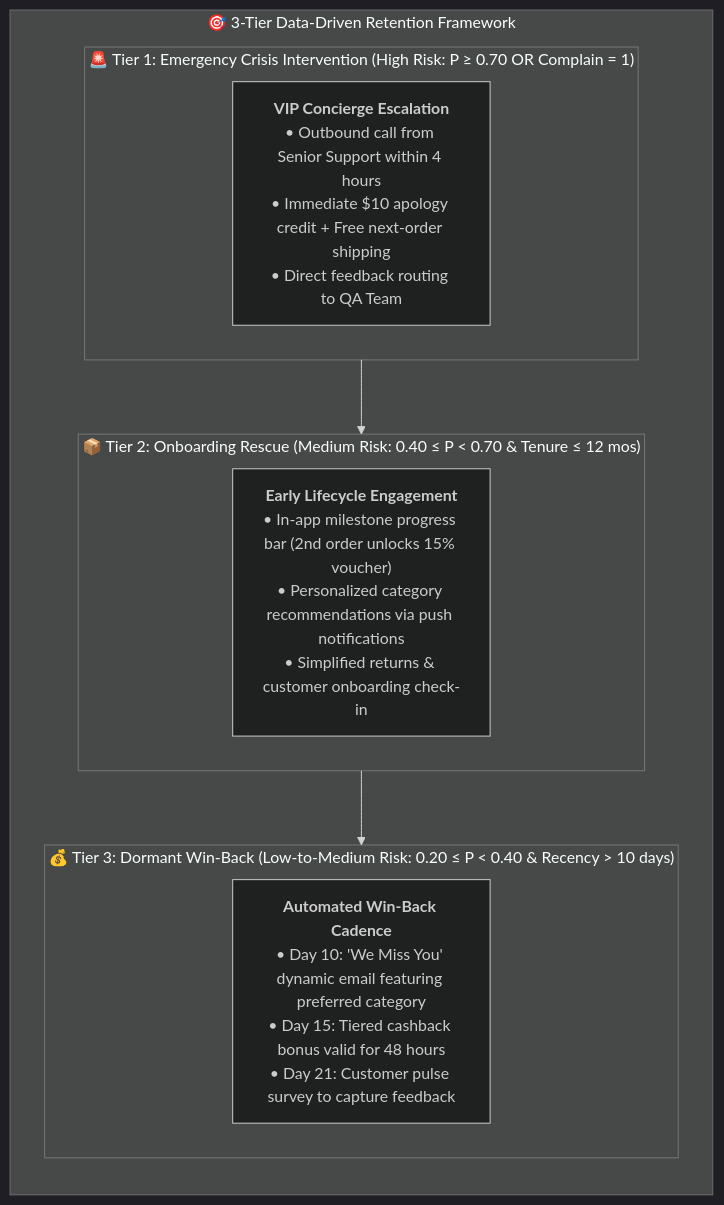
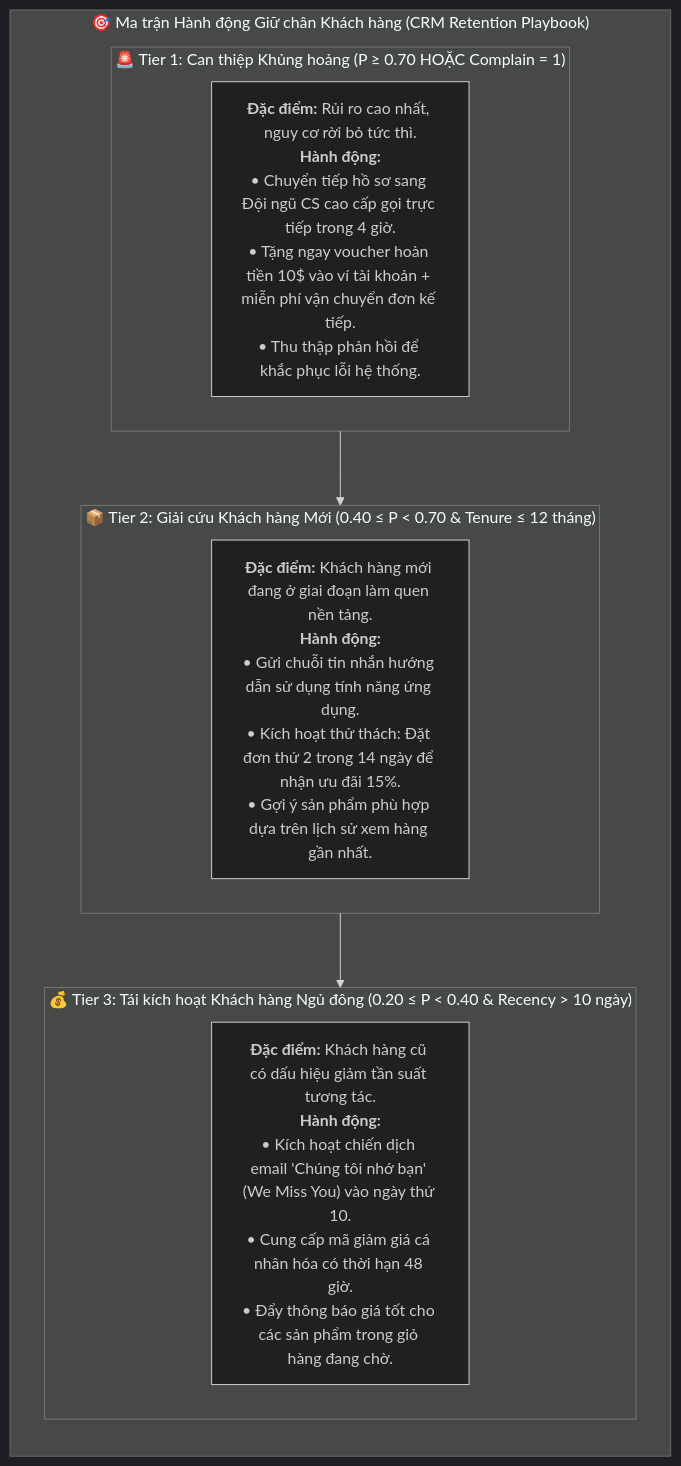
One commit to thunx280-ctrl/churn_prediction changed the diagram in README.md. Above: the diagram before and after it, drawn with Mermaid (dark theme). The commit also changed other lines of this file and 7 other files, not shown here.

````diff
--- a/README.md
+++ b/README.md
@@ -386,20 +780,20 @@
 ```mermaid
 flowchart TD
-    subgraph RetentionFramework["🎯 3-Tier Data-Driven Retention Framework"]
+    subgraph CRMFramework["🎯 Ma trận Hành động Giữ chân Khách hàng (CRM Retention Playbook)"]
         direction TB
 
-        subgraph Tier1["🚨 Tier 1: Emergency Crisis Intervention (High Risk: P ≥ 0.70 OR Complain = 1)"]
-            T1_act["<b>VIP Concierge Escalation</b><br/>• Outbound call from Senior Support within 4 hours<br/>• Immediate $10 apology credit + Free next-order shipping<br/>• Direct feedback routing to QA Team"]
+        subgraph Tier1["🚨 Tier 1: Can thiệp Khủng hoảng (P ≥ 0.70 HOẶC Complain = 1)"]
+            T1_desc["<b>Đặc điểm:</b> Rủi ro cao nhất, nguy cơ rời bỏ tức thì.<br/><b>Hành động:</b><br/>• Chuyển tiếp hồ sơ sang Đội ngũ CS cao cấp gọi trực tiếp trong 4 giờ.<br/>• Tặng ngay voucher hoàn tiền 10$ vào ví tài khoản + miễn phí vận chuyển đơn kế tiếp.<br/>• Thu thập phản hồi để khắc phục lỗi hệ thống."]
         end
 
-        subgraph Tier2["📦 Tier 2: Onboarding Rescue (Medium Risk: 0.40 ≤ P < 0.70 & Tenure ≤ 12 mos)"]
-            T2_act["<b>Early Lifecycle Engagement</b><br/>• In-app milestone progress bar (2nd order unlocks 15% voucher)<br/>• Personalized category recommendations via push notifications<br/>• Simplified returns & customer onboarding check-in"]
+        subgraph Tier2["📦 Tier 2: Giải cứu Khách hàng Mới (0.40 ≤ P < 0.70 & Tenure ≤ 12 tháng)"]
+            T2_desc["<b>Đặc điểm:</b> Khách hàng mới đang ở giai đoạn làm quen nền tảng.<br/><b>Hành động:</b><br/>• Gửi chuỗi tin nhắn hướng dẫn sử dụng tính năng ứng dụng.<br/>• Kích hoạt thử thách: Đặt đơn thứ 2 trong 14 ngày để nhận ưu đãi 15%.<br/>• Gợi ý sản phẩm phù hợp dựa trên lịch sử xem hàng gần nhất."]
         end
 
-        subgraph Tier3["💰 Tier 3: Dormant Win-Back (Low-to-Medium Risk: 0.20 ≤ P < 0.40 & Recency > 10 days)"]
-            T3_act["<b>Automated Win-Back Cadence</b><br/>• Day 10: 'We Miss You' dynamic email featuring preferred category<br/>• Day 15: Tiered cashback bonus valid for 48 hours<br/>• Day 21: Customer pulse survey to capture feedback"]
+        subgraph Tier3["💰 Tier 3: Tái kích hoạt Khách hàng Ngủ đông (0.20 ≤ P < 0.40 & Recency > 10 ngày)"]
+            T3_desc["<b>Đặc điểm:</b> Khách hàng cũ có dấu hiệu giảm tần suất tương tác.<br/><b>Hành động:</b><br/>• Kích hoạt chiến dịch email 'Chúng tôi nhớ bạn' (We Miss You) vào ngày thứ 10.<br/>• Cung cấp mã giảm giá cá nhân hóa có thời hạn 48 giờ.<br/>• Đẩy thông báo giá tốt cho các sản phẩm trong giỏ hàng đang chờ."]
         end
     end
 
     Tier1 --> Tier2 --> Tier3
 ```
````
